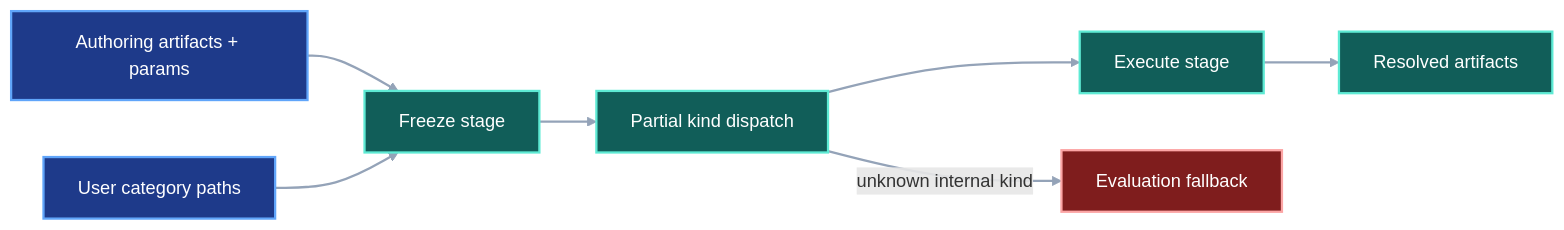
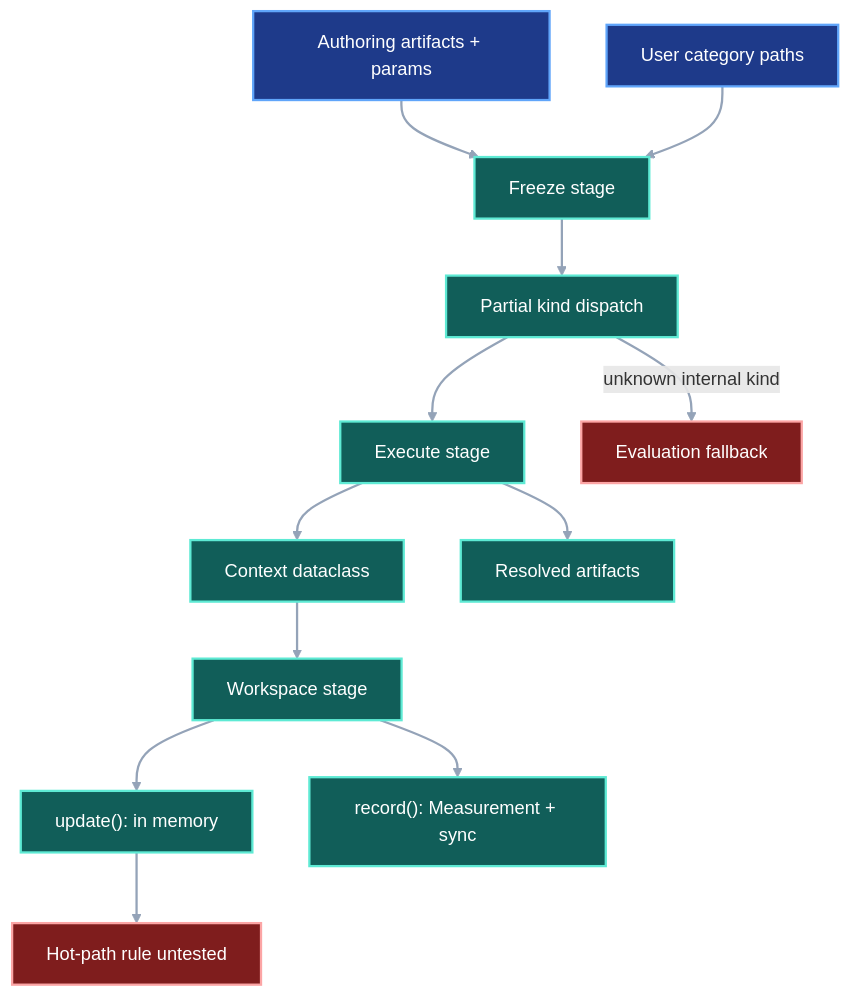
One commit to pvd232/viper changed the first of 3 diagrams in docs/development/v0.1.0a3-public-authoring-contract.md. Above: the diagram before and after it, drawn with Mermaid. The commit also changed other lines of this file and 1 other file, not shown here.

Commit message:
Add runtime validation boundary to authoring contract

````diff
--- a/docs/development/v0.1.0a3-public-authoring-contract.md
+++ b/docs/development/v0.1.0a3-public-authoring-contract.md
@@ -82,17 +112,22 @@
 ```mermaid
-flowchart LR
+flowchart TD
     Author["Authoring artifacts + params"] --> Freeze["Freeze stage"]
     Paths["User category paths"] --> Freeze
     Freeze --> Dispatch["Partial kind dispatch"]
     Dispatch --> Run["Execute stage"]
+    Run --> Context["Context dataclass"]
+    Context --> Stage["Workspace stage"]
+    Stage --> Update["update(): in memory"]
+    Stage --> Record["record(): Measurement + sync"]
     Run --> Records["Resolved artifacts"]
     Dispatch -->|"unknown internal kind"| Eval["Evaluation fallback"]
+    Update --> Boundary["Hot-path rule untested"]
 
     class Author,Paths current
-    class Freeze,Dispatch,Run,Records implementation
-    class Eval gap
+    class Freeze,Dispatch,Run,Context,Stage,Update,Record,Records implementation
+    class Eval,Boundary gap
     classDef current fill:#1e3a8a,stroke:#60a5fa,color:#ffffff,stroke-width:2px
     classDef implementation fill:#115e59,stroke:#5eead4,color:#ffffff,stroke-width:2px
     classDef gap fill:#7f1d1d,stroke:#fca5a5,color:#ffffff,stroke-width:2px
     linkStyle default stroke:#94a3b8,stroke-width:2px
 ```
````
